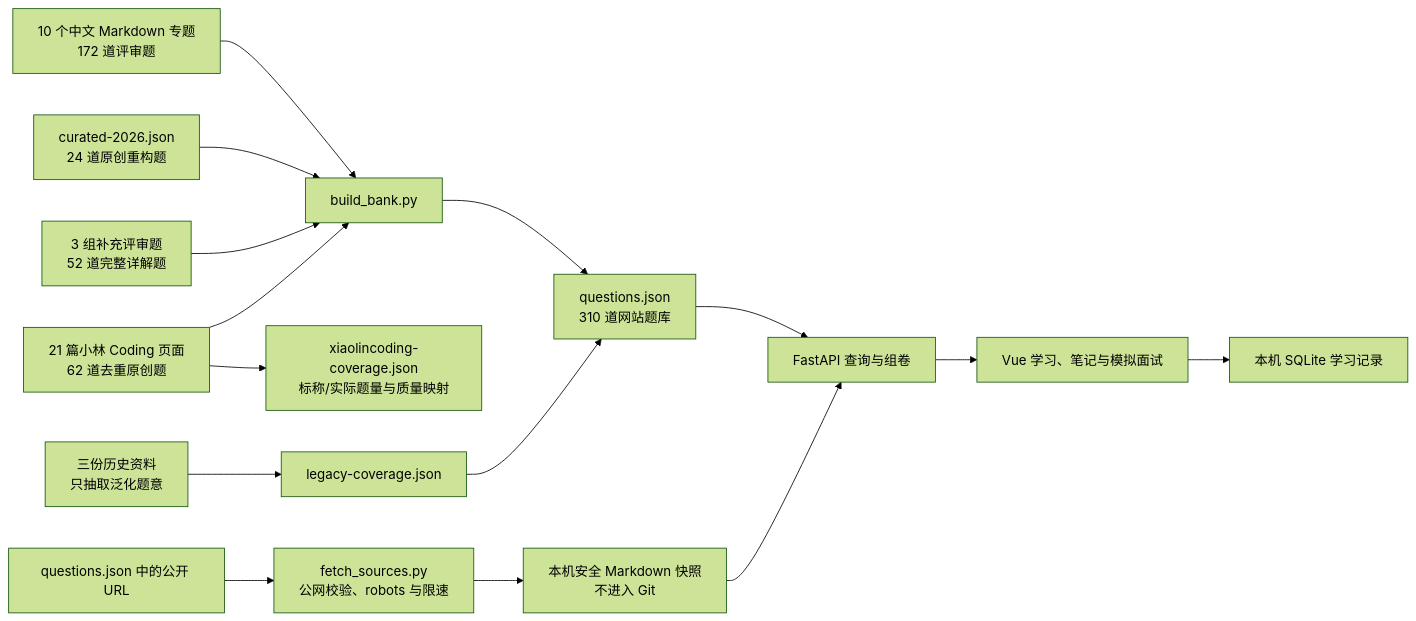
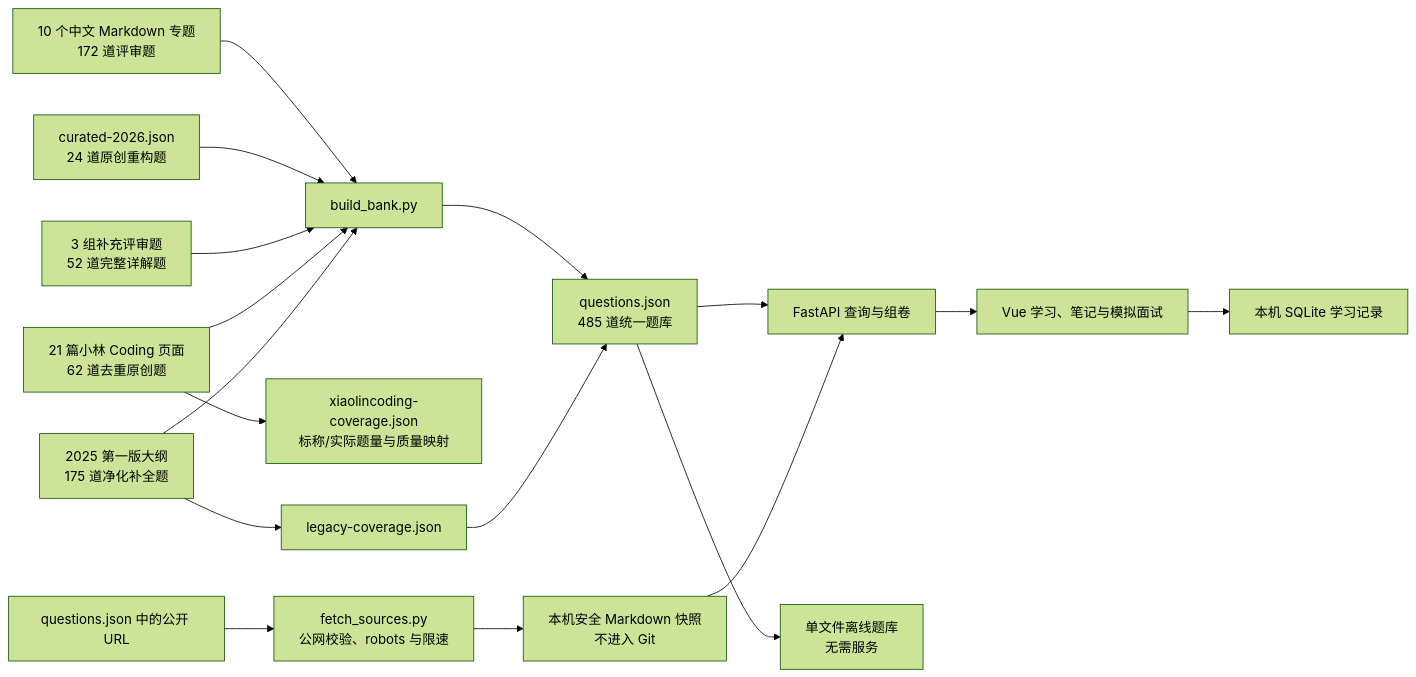
The diagram in apps/interview-bank/README.md (vieneny/software_testing), drawn with Mermaid (forest theme) before and after one commit. The commit also changed other lines of this file and 23 other files, not shown here.

````diff
--- a/apps/interview-bank/README.md
+++ b/apps/interview-bank/README.md
@@ -170,17 +182,19 @@
 ```mermaid
 flowchart LR
     A["10 个中文 Markdown 专题<br/>172 道评审题"] --> D["build_bank.py"]
     B["curated-2026.json<br/>24 道原创重构题"] --> D
     B2["3 组补充评审题<br/>52 道完整详解题"] --> D
     B3["21 篇小林 Coding 页面<br/>62 道去重原创题"] --> D
     B3 --> X["xiaolincoding-coverage.json<br/>标称/实际题量与质量映射"]
-    C["三份历史资料<br/>只抽取泛化题意"] --> E["legacy-coverage.json"]
-    D --> F["questions.json<br/>310 道网站题库"]
+    C["2025 第一版大纲<br/>175 道净化补全题"] --> D
+    C --> E["legacy-coverage.json"]
+    D --> F["questions.json<br/>485 道统一题库"]
     E --> F
     F --> G["FastAPI 查询与组卷"]
     S["questions.json 中的公开 URL"] --> CRAWL["fetch_sources.py<br/>公网校验、robots 与限速"]
     CRAWL --> CACHE["本机安全 Markdown 快照<br/>不进入 Git"]
     CACHE --> G
     G --> H["Vue 学习、笔记与模拟面试"]
+    F --> OFFLINE["单文件离线题库<br/>无需服务"]
     H --> I["本机 SQLite 学习记录"]
 ```
````
